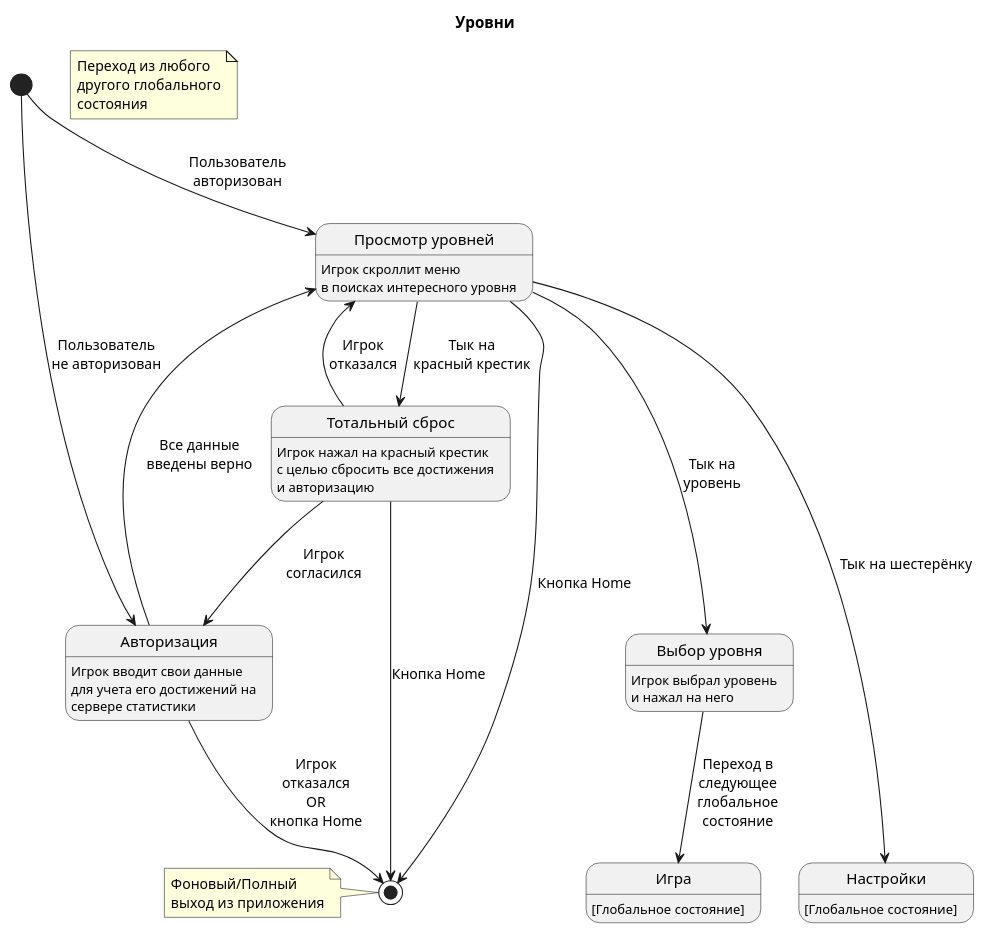
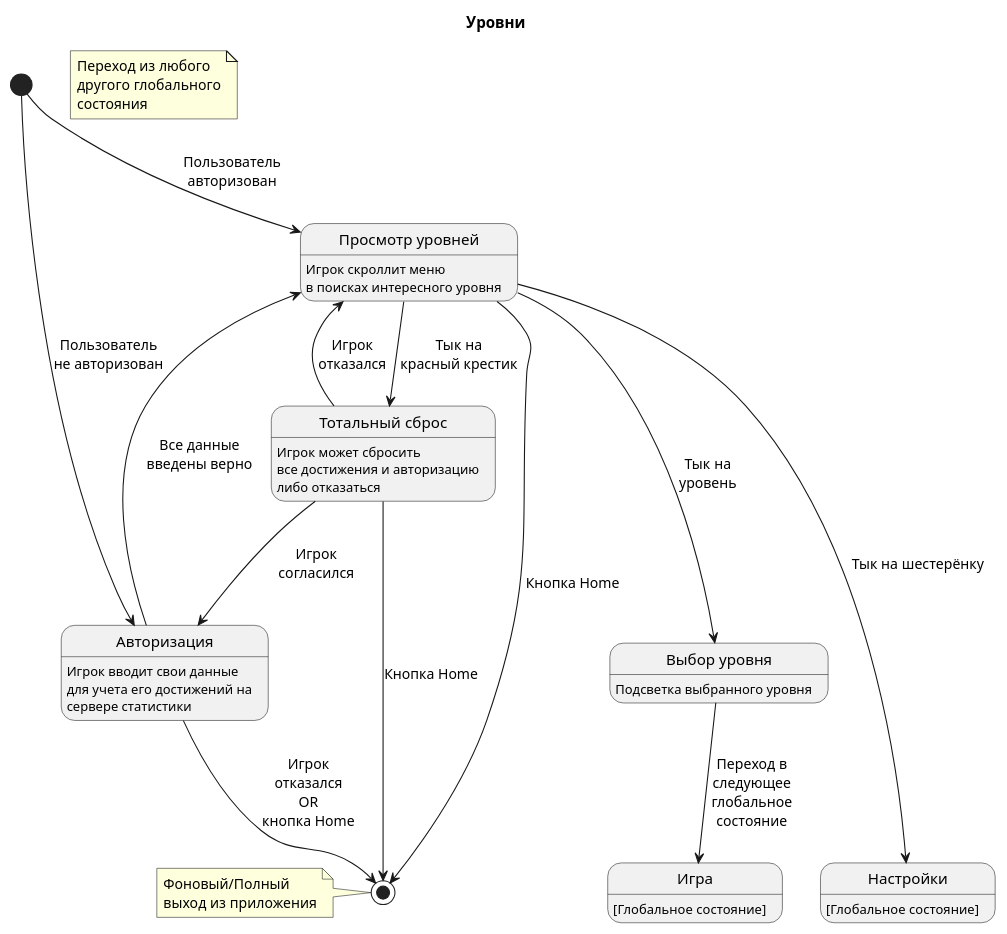
One commit to sergeevgk/GA2020 changed the diagram in uml/level_states.puml. Above: the diagram before and after it, drawn with PlantUML. The commit also changed 13 other files, not shown here.

```diff
--- a/uml/level_states.puml
+++ b/uml/level_states.puml
@@ -1,36 +1,36 @@
 @startuml
 
 title Уровни
 
 note "Переход из любого\nдругого глобального\nсостояния" as n
 
 [*] --> auth: Пользователь\nне авторизован
 [*] --> levels: Пользователь\nавторизован
 
 levels --> reset: Тык на\nкрасный крестик
 levels ---> choice: \n\nТык на\nуровень
 levels ----> settings: Тык на шестерёнку
 levels --> [*]: \n\nКнопка Home
 
 reset --> auth: Игрок\nсогласился
 reset -up-> levels: Игрок\nотказался
 reset --> [*]: Кнопка Home
 
 auth -up-> levels: Все данные\nвведены верно
 auth --> [*]: Игрок\nотказался\nOR\nкнопка Home
 
 note left
   Фоновый/Полный
   выход из приложения
 end note
 
 choice --> play: Переход в\nследующее\nглобальное\nсостояние
 
 state auth as "Авторизация": Игрок вводит свои данные\nдля учета его достижений на\nсервере статистики
-state reset as "Тотальный сброс": Игрок нажал на красный крестик\nc целью сбросить все достижения\nи авторизацию
+state reset as "Тотальный сброс": Игрок может сбросить\nвсе достижения и авторизацию\nлибо отказаться
 state levels as "Просмотр уровней": Игрок скроллит меню\nв поисках интересного уровня
-state choice as "Выбор уровня": Игрок выбрал уровень\nи нажал на него
+state choice as "Выбор уровня": Подсветка выбранного уровня
 state play as "Игра": [Глобальное состояние]
 state settings as "Настройки": [Глобальное состояние]
 
 @enduml
```
